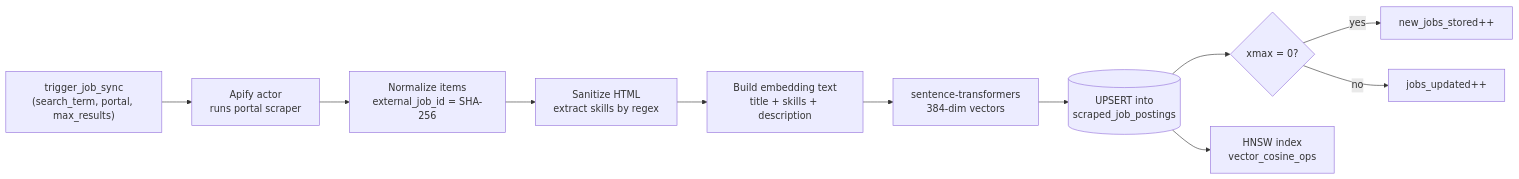
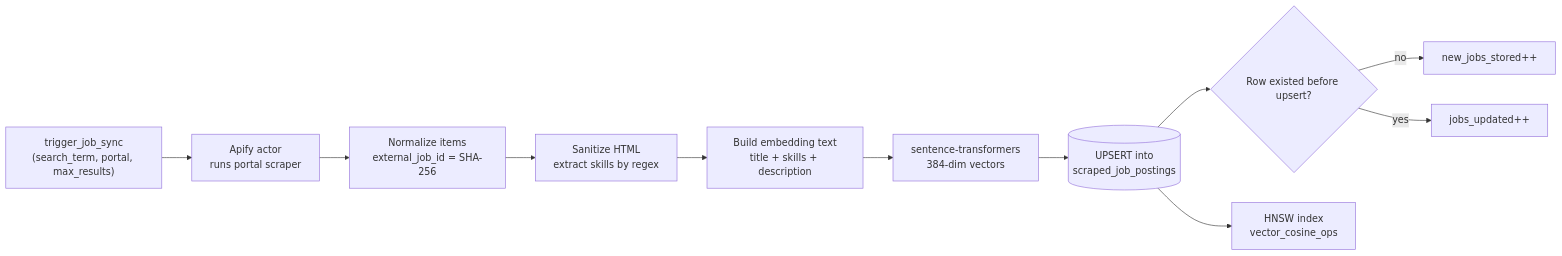
The third of 4 diagrams in README.md (caupolicanquerales/agent_hunter_job), drawn with Mermaid before and after one commit. The commit also changed 180 other files, not shown here.

````diff
--- a/README.md
+++ b/README.md
@@ -197,13 +197,13 @@
 ```mermaid
 flowchart LR
     A["trigger_job_sync<br/>(search_term, portal, max_results)"] --> B["Apify actor<br/>runs portal scraper"]
     B --> C["Normalize items<br/>external_job_id = SHA-256"]
     C --> D["Sanitize HTML<br/>extract skills by regex"]
     D --> E["Build embedding text<br/>title + skills + description"]
     E --> F["sentence-transformers<br/>384-dim vectors"]
     F --> G[("UPSERT into<br/>scraped_job_postings")]
-    G --> H{"xmax = 0?"}
-    H -->|yes| I["new_jobs_stored++"]
-    H -->|no| J["jobs_updated++"]
+    G --> H{"Row existed before upsert?"}
+    H -->|no| I["new_jobs_stored++"]
+    H -->|yes| J["jobs_updated++"]
     G --> K["HNSW index<br/>vector_cosine_ops"]
 ```
````
